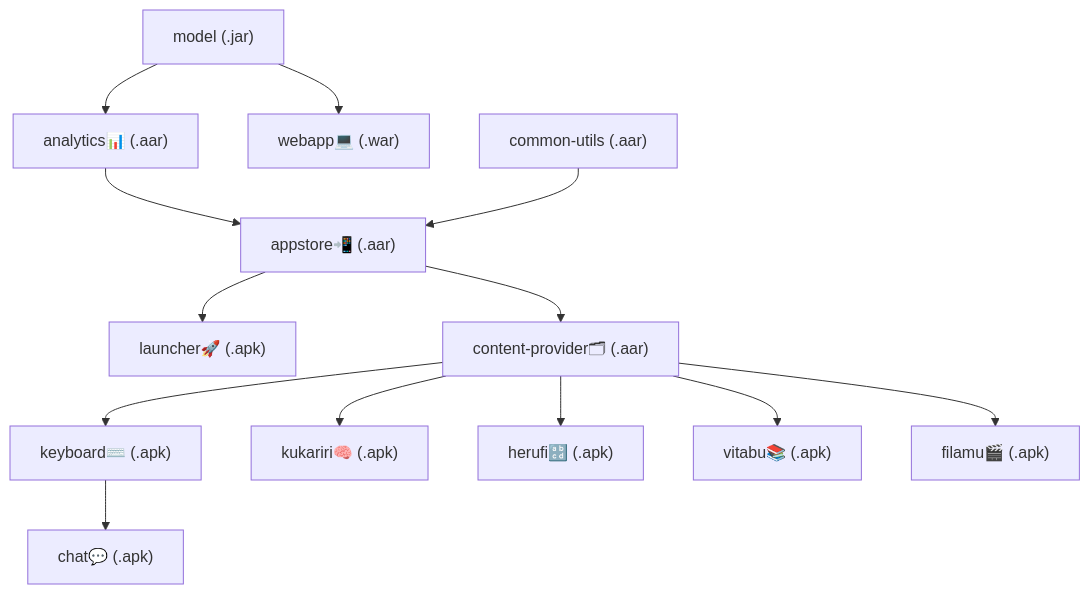
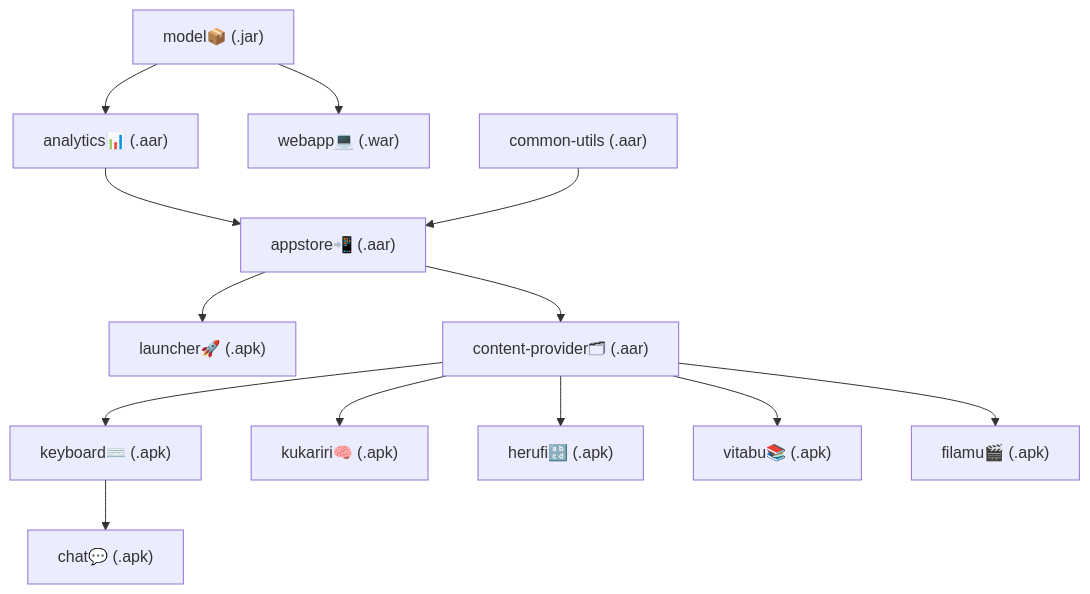
One commit to elimu-ai/wiki changed the diagram in SOFTWARE_ARCHITECTURE.md. Above: the diagram before and after it, drawn with Mermaid.

````diff
--- a/SOFTWARE_ARCHITECTURE.md
+++ b/SOFTWARE_ARCHITECTURE.md
@@ -39,15 +39,15 @@
 ```mermaid
 flowchart TD
-    model["model (.jar)"] --> analytics
+    model["model📦 (.jar)"] --> analytics
     model --> webapp["webapp💻 (.war)"]
     analytics["analytics📊 (.aar)"] --> appstore
     common-utils["common-utils (.aar)"] --> appstore
     appstore["appstore📲 (.aar)"] --> launcher["launcher🚀 (.apk)"]
     appstore --> content-provider
     content-provider --> keyboard["keyboard⌨️ (.apk)"]
     keyboard --> chat["chat💬 (.apk)"]
     content-provider["content-provider🗂 (.aar)"] --> kukariri["kukariri🧠 (.apk)"]
     content-provider --> herufi["herufi🔡 (.apk)"]
     content-provider --> vitabu["vitabu📚 (.apk)"]
     content-provider --> filamu["filamu🎬 (.apk)"]
 ```
````
